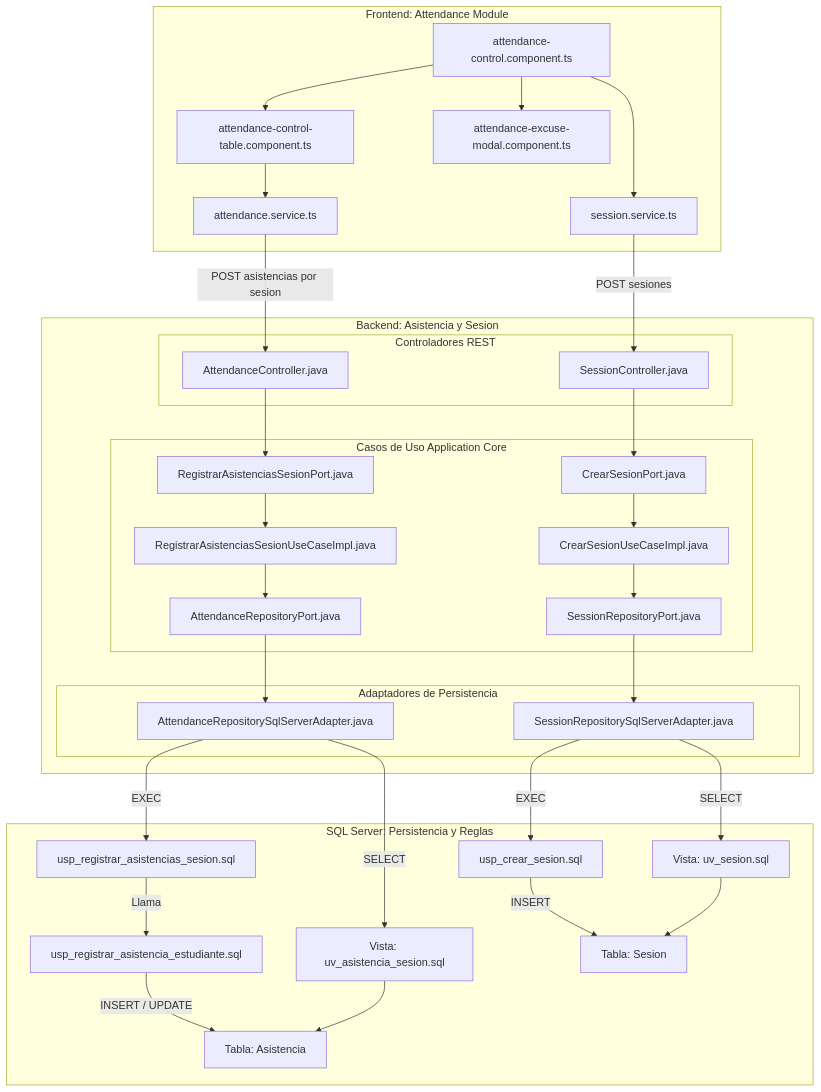
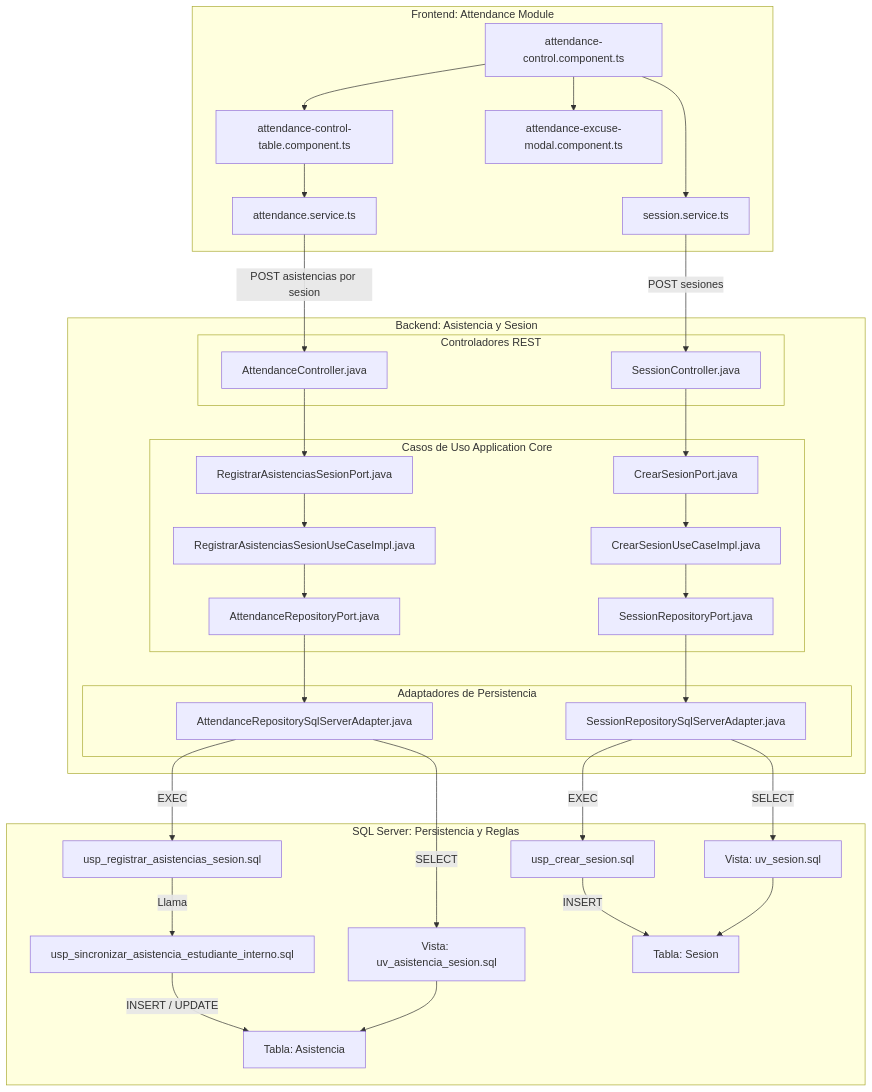
The second of 5 diagrams in docs/architecture/mapa-relacion-archivos.md (AsistenciasUCO/AsistenciasUCO-Infra), drawn with Mermaid before and after one commit. The commit also changed 1 other file, not shown here.

Commit message:
docs: HU027/HU033 apuntan a usp_registrar_asistencias_sesion
usp_registrar_asistencia_estudiante se elimino de la BD por no tener uso
(rama chore/BD-eliminar-codigo-sin-uso del repo de BD). Se corrige el
HU-CATALOG y el diagrama de mapa-relacion-archivos. Solo documentacion.

````diff
--- a/docs/architecture/mapa-relacion-archivos.md
+++ b/docs/architecture/mapa-relacion-archivos.md
@@ -67,76 +67,76 @@
 ```mermaid
 flowchart TD
     %% FRONTEND
     subgraph FE_ASISTENCIA["Frontend: Attendance Module"]
         AC_COMP["attendance-control.component.ts"]
         ACT_COMP["attendance-control-table.component.ts"]
         AEX_COMP["attendance-excuse-modal.component.ts"]
         AS_SERV["attendance.service.ts"]
         SS_SERV["session.service.ts"]
         
         AC_COMP --> ACT_COMP
         AC_COMP --> AEX_COMP
         ACT_COMP --> AS_SERV
         AC_COMP --> SS_SERV
     end
 
     %% BACKEND
     subgraph BE_ASISTENCIA["Backend: Asistencia y Sesion"]
         subgraph BE_CTRL["Controladores REST"]
             A_CTRL["AttendanceController.java"]
             S_CTRL["SessionController.java"]
         end
 
         subgraph BE_CORE["Casos de Uso Application Core"]
             R_PORT["RegistrarAsistenciasSesionPort.java"]
             R_UC["RegistrarAsistenciasSesionUseCaseImpl.java"]
             R_SEC["AttendanceRepositoryPort.java"]
             
             CS_PORT["CrearSesionPort.java"]
             CS_UC["CrearSesionUseCaseImpl.java"]
             CS_SEC["SessionRepositoryPort.java"]
 
             R_PORT --> R_UC
             R_UC --> R_SEC
             CS_PORT --> CS_UC
             CS_UC --> CS_SEC
         end
 
         subgraph BE_ADAPT["Adaptadores de Persistencia"]
             A_ADAPTER["AttendanceRepositorySqlServerAdapter.java"]
             S_ADAPTER["SessionRepositorySqlServerAdapter.java"]
         end
 
         A_CTRL --> R_PORT
         S_CTRL --> CS_PORT
         R_SEC --> A_ADAPTER
         CS_SEC --> S_ADAPTER
     end
 
     %% BASE DE DATOS
     subgraph DB_ASISTENCIA["SQL Server: Persistencia y Reglas"]
         SP_REG_MASIVO["usp_registrar_asistencias_sesion.sql"]
-        SP_REG_INDIV["usp_registrar_asistencia_estudiante.sql"]
+        SP_REG_INDIV["usp_sincronizar_asistencia_estudiante_interno.sql"]
         SP_CREAR_SESION["usp_crear_sesion.sql"]
         
         T_ASISTENCIA["Tabla: Asistencia"]
         T_SESION["Tabla: Sesion"]
         V_ASISTENCIA["Vista: uv_asistencia_sesion.sql"]
         V_SESION["Vista: uv_sesion.sql"]
 
         A_ADAPTER -->|EXEC| SP_REG_MASIVO
         SP_REG_MASIVO -->|Llama| SP_REG_INDIV
         SP_REG_INDIV -->|INSERT / UPDATE| T_ASISTENCIA
 
         S_ADAPTER -->|EXEC| SP_CREAR_SESION
         SP_CREAR_SESION -->|INSERT| T_SESION
         
         A_ADAPTER -->|SELECT| V_ASISTENCIA
         S_ADAPTER -->|SELECT| V_SESION
         V_ASISTENCIA --> T_ASISTENCIA
         V_SESION --> T_SESION
     end
 
     AS_SERV -->|POST asistencias por sesion| A_CTRL
     SS_SERV -->|POST sesiones| S_CTRL
 ```
````
